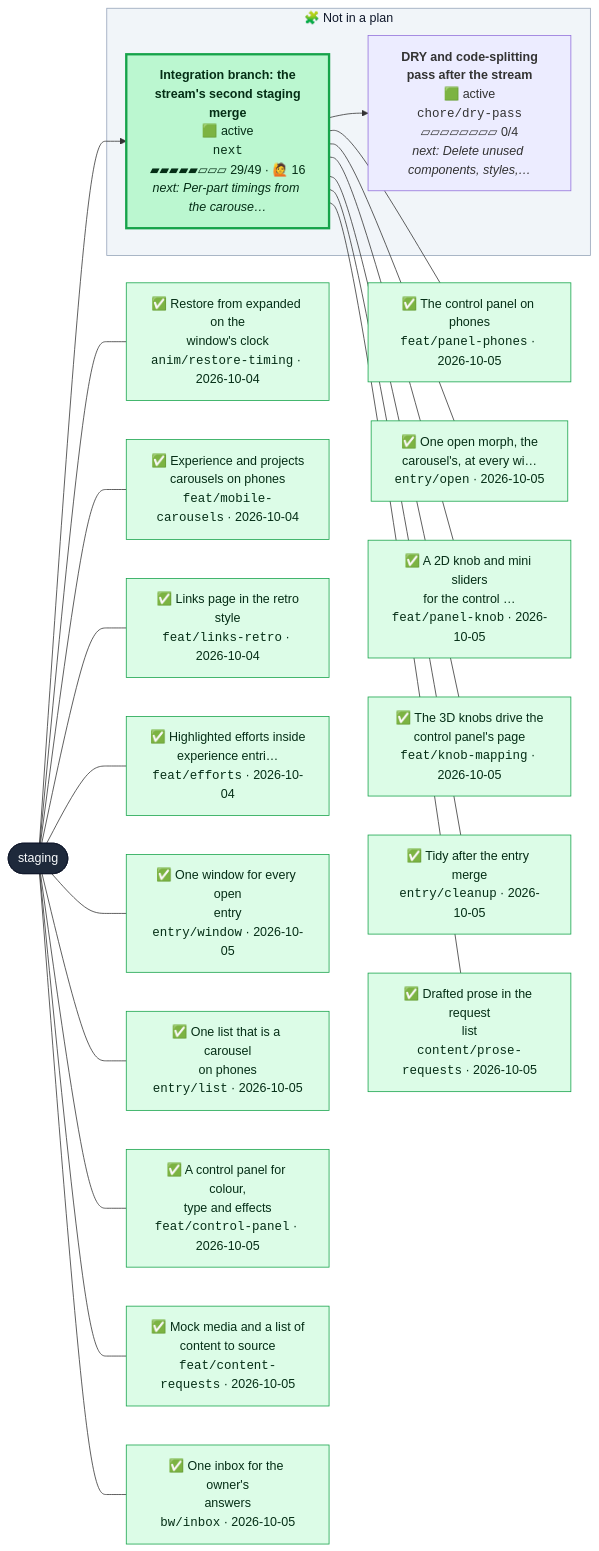
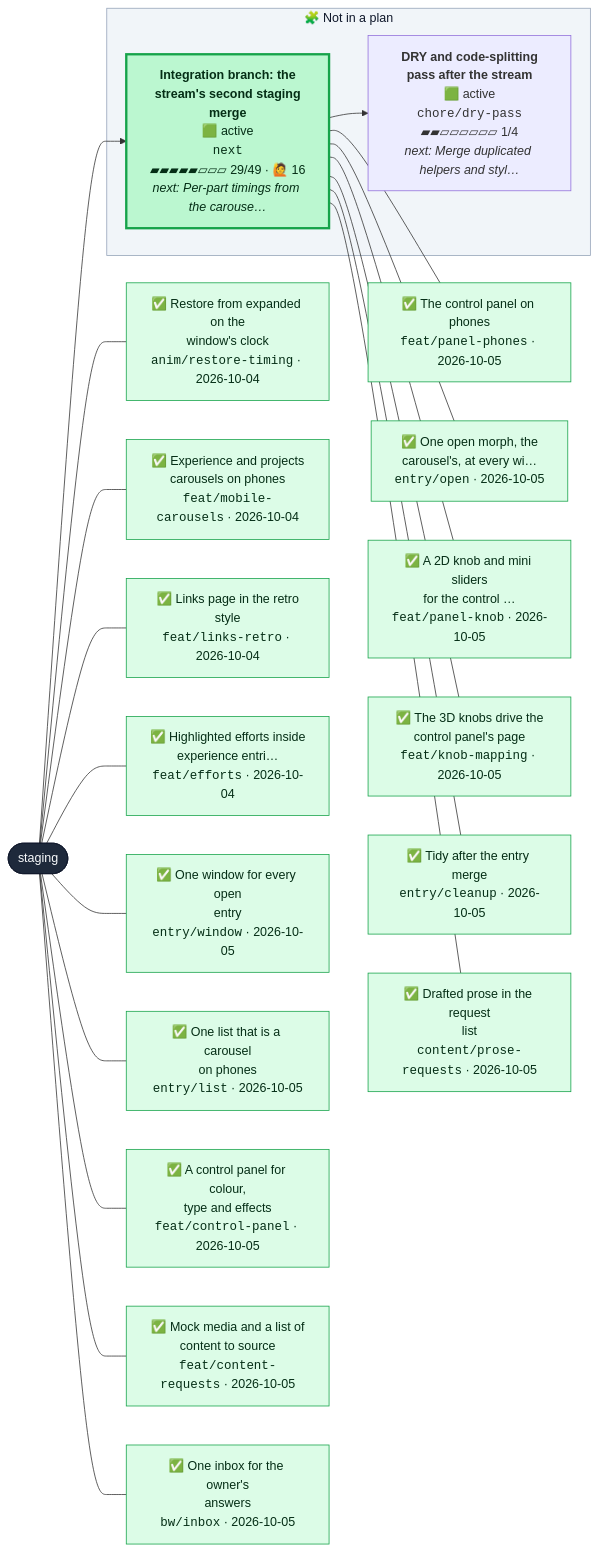
One commit to henryjonescodes/portfolio changed the second of 2 diagrams in CONTRIBUTING.md. Above: the diagram before and after it, drawn with Mermaid. The commit also changed other lines of this file and 2 other files, not shown here.

````diff
--- a/CONTRIBUTING.md
+++ b/CONTRIBUTING.md
@@ -66,68 +63,68 @@
 ```mermaid
 flowchart LR
   n_staging([staging])
   class n_staging trunk
   subgraph loose["🧩 Not in a plan"]
-    n_chore_dry_pass["<b>DRY and code-splitting<br/>pass after the stream</b><br/>🟩 active<br/><code>chore/dry-pass</code><br/>▱▱▱▱▱▱▱▱ 0/4<br/><i>next: Delete unused components, styles,…</i>"]
+    n_chore_dry_pass["<b>DRY and code-splitting<br/>pass after the stream</b><br/>🟩 active<br/><code>chore/dry-pass</code><br/>▰▰▱▱▱▱▱▱ 1/4<br/><i>next: Merge duplicated helpers and styl…</i>"]
     class n_chore_dry_pass active,current
     n_next["<b>Integration branch: the<br/>stream's second staging<br/>merge</b><br/>🟩 active<br/><code>next</code><br/>▰▰▰▰▰▱▱▱ 29/49 · 🙋 16<br/><i>next: Per-part timings from the carouse…</i>"]
     class n_next active
   end
   style loose fill:#f1f5f9,stroke:#94a3b8,color:#0f172a
   n_next --> n_chore_dry_pass
   n_staging --> n_next
   landed_0["✅ Restore from expanded on the<br/>window's clock<br/><code>anim/restore-timing</code> · 2026-10-04"]
   class landed_0 merged
   n_staging --- landed_0
   landed_1["✅ Experience and projects<br/>carousels on phones<br/><code>feat/mobile-carousels</code> · 2026-10-04"]
   class landed_1 merged
   n_staging --- landed_1
   landed_2["✅ Links page in the retro<br/>style<br/><code>feat/links-retro</code> · 2026-10-04"]
   class landed_2 merged
   n_staging --- landed_2
   landed_3["✅ Highlighted efforts inside<br/>experience entri…<br/><code>feat/efforts</code> · 2026-10-04"]
   class landed_3 merged
   n_staging --- landed_3
   landed_4["✅ One window for every open<br/>entry<br/><code>entry/window</code> · 2026-10-05"]
   class landed_4 merged
   n_staging --- landed_4
   landed_5["✅ One list that is a carousel<br/>on phones<br/><code>entry/list</code> · 2026-10-05"]
   class landed_5 merged
   n_staging --- landed_5
   landed_6["✅ A control panel for colour,<br/>type and effects<br/><code>feat/control-panel</code> · 2026-10-05"]
   class landed_6 merged
   n_staging --- landed_6
   landed_7["✅ Mock media and a list of<br/>content to source<br/><code>feat/content-requests</code> · 2026-10-05"]
   class landed_7 merged
   n_staging --- landed_7
   landed_8["✅ One inbox for the owner's<br/>answers<br/><code>bw/inbox</code> · 2026-10-05"]
   class landed_8 merged
   n_staging --- landed_8
   landed_9["✅ The control panel on phones<br/><code>feat/panel-phones</code> · 2026-10-05"]
   class landed_9 merged
   n_next --- landed_9
   landed_10["✅ One open morph, the<br/>carousel's, at every wi…<br/><code>entry/open</code> · 2026-10-05"]
   class landed_10 merged
   n_next --- landed_10
   landed_11["✅ A 2D knob and mini sliders<br/>for the control …<br/><code>feat/panel-knob</code> · 2026-10-05"]
   class landed_11 merged
   n_next --- landed_11
   landed_12["✅ The 3D knobs drive the<br/>control panel's page<br/><code>feat/knob-mapping</code> · 2026-10-05"]
   class landed_12 merged
   n_next --- landed_12
   landed_13["✅ Tidy after the entry merge<br/><code>entry/cleanup</code> · 2026-10-05"]
   class landed_13 merged
   n_next --- landed_13
   landed_14["✅ Drafted prose in the request<br/>list<br/><code>content/prose-requests</code> · 2026-10-05"]
   class landed_14 merged
   n_next --- landed_14
   classDef merged fill:#dcfce7,stroke:#16a34a,color:#052e16
   classDef todo fill:#ffffff,stroke:#94a3b8,stroke-dasharray:2 2,color:#334155
   classDef planned fill:#c7d2fe,stroke:#4f46e5,color:#1e1b4b
   classDef sketched fill:#f8fafc,stroke:#64748b,stroke-dasharray:4 3,color:#334155
   classDef active fill:#bbf7d0,stroke:#16a34a,stroke-width:3px,color:#052e16
   classDef review fill:#fde68a,stroke:#d97706,stroke-width:3px,color:#451a03
   classDef blocked fill:#fecaca,stroke:#dc2626,stroke-width:3px,color:#450a0a
   classDef trunk fill:#1e293b,stroke:#0f172a,color:#f8fafc
   classDef current stroke:#0ea5e9,stroke-width:5px
 ```
````
